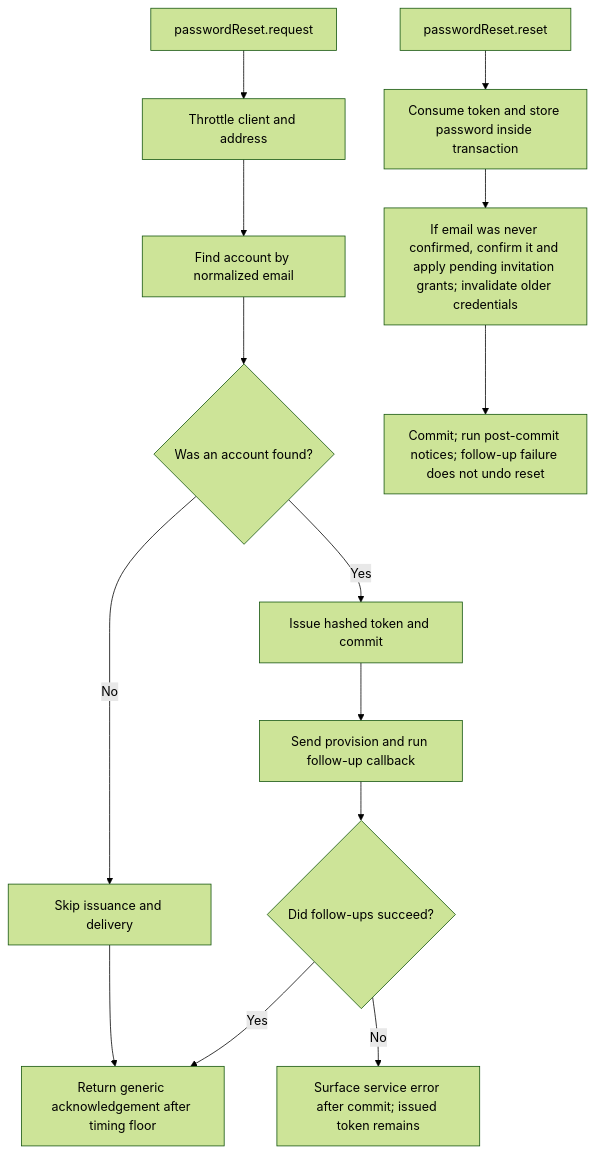
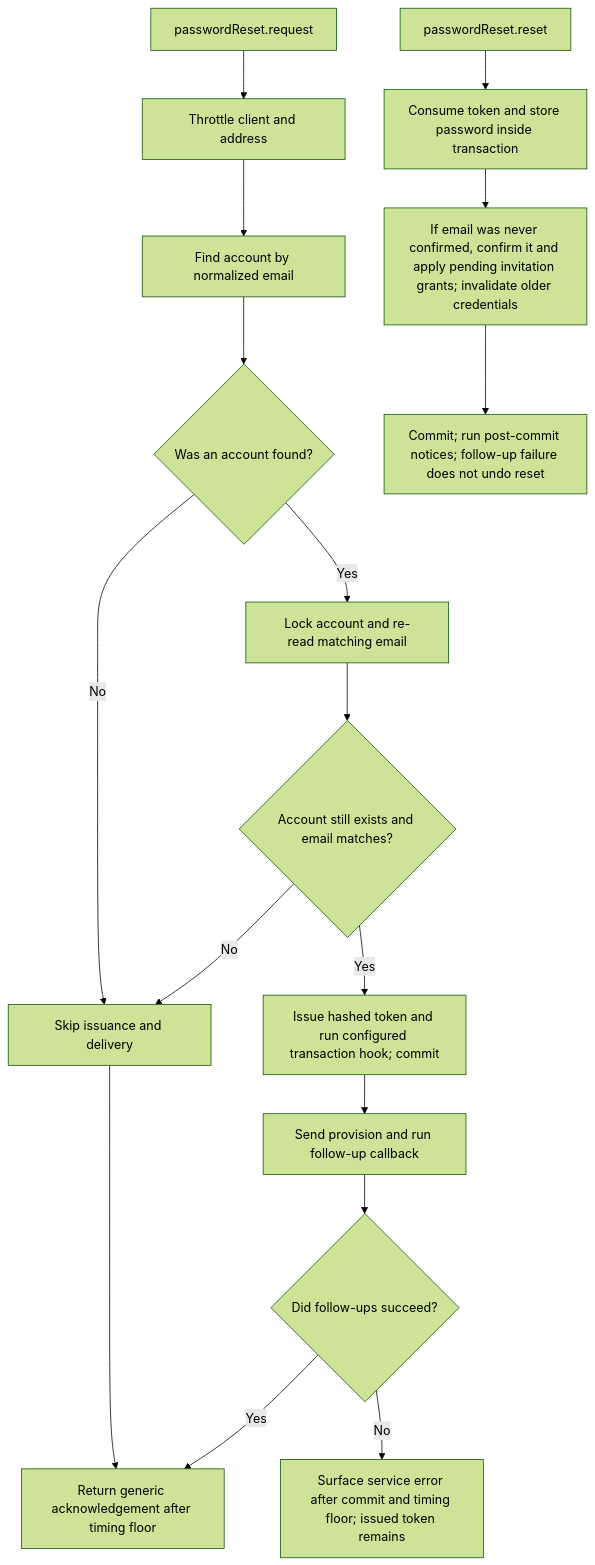
The second of 2 diagrams in user-stories/US-ACCOUNT-01-recover-password.md (Kevinjohn/oss-adonisjs-account-kit), drawn with Mermaid (forest theme) before and after one commit. The commit also changed 43 other files, not shown here.

````diff
--- a/user-stories/US-ACCOUNT-01-recover-password.md
+++ b/user-stories/US-ACCOUNT-01-recover-password.md
@@ -38,16 +38,19 @@
 ```mermaid
 flowchart TD
  REQ["passwordReset.request"] --> REQ_THROTTLE["Throttle client and address"]
  REQ_THROTTLE --> REQ_LOOKUP["Find account by normalized email"]
  REQ_LOOKUP --> REQ_KNOWN{"Was an account found?"}
  REQ_KNOWN -->|No| REQ_SKIP["Skip issuance and delivery"]
  REQ_SKIP --> REQ_ACK["Return generic acknowledgement after timing floor"]
- REQ_KNOWN -->|Yes| REQ_ISSUE["Issue hashed token and commit"]
+ REQ_KNOWN -->|Yes| REQ_LOCK["Lock account and re-read matching email"]
+ REQ_LOCK --> REQ_MATCH{"Account still exists and email matches?"}
+ REQ_MATCH -->|No| REQ_SKIP
+ REQ_MATCH -->|Yes| REQ_ISSUE["Issue hashed token and run configured transaction hook; commit"]
  REQ_ISSUE --> REQ_FOLLOW["Send provision and run follow-up callback"]
  REQ_FOLLOW --> REQ_OK{"Did follow-ups succeed?"}
  REQ_OK -->|Yes| REQ_ACK
- REQ_OK -->|No| REQ_ERROR["Surface service error after commit; issued token remains"]
+ REQ_OK -->|No| REQ_ERROR["Surface service error after commit and timing floor; issued token remains"]
  D["passwordReset.reset"] --> E["Consume token and store password inside transaction"]
  E --> F["If email was never confirmed, confirm it and apply pending invitation grants; invalidate older credentials"]
  F --> G["Commit; run post-commit notices; follow-up failure does not undo reset"]
 ```
````
